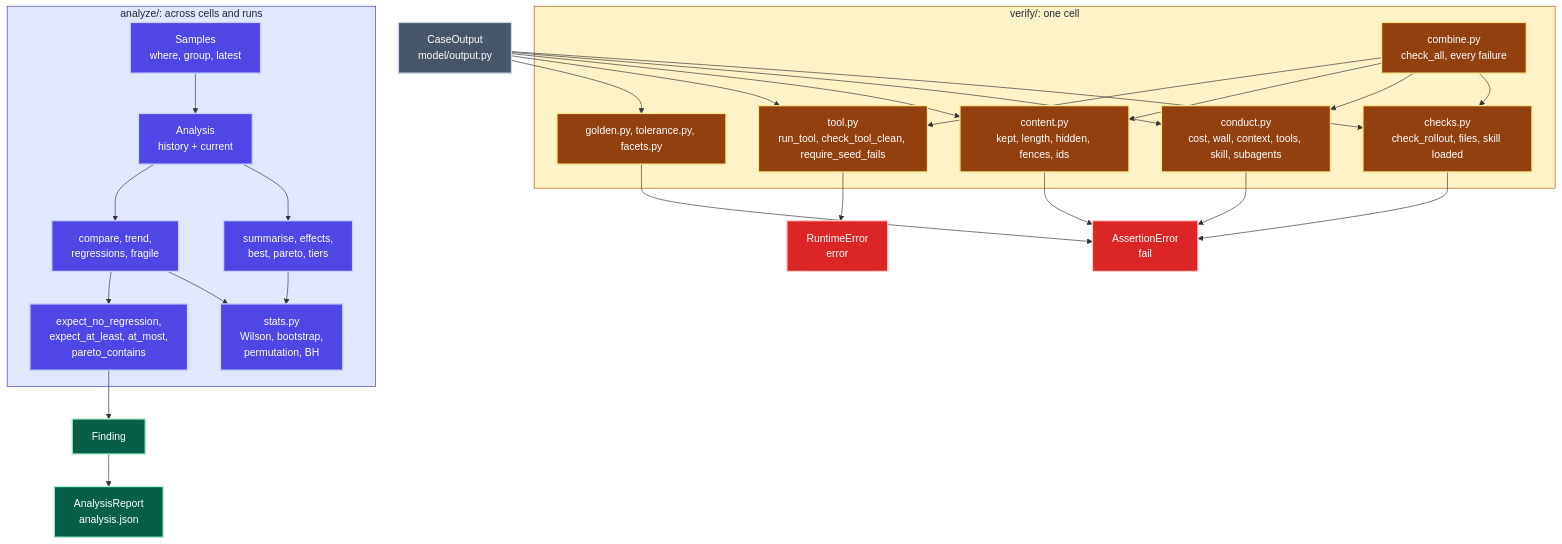
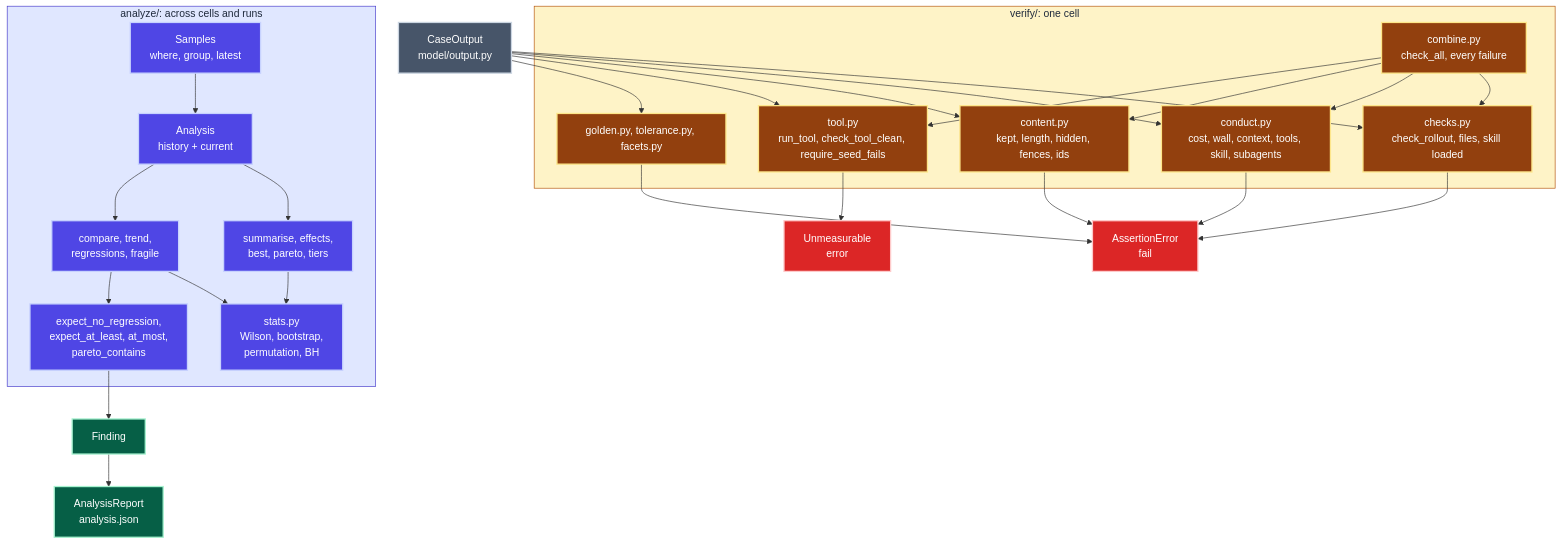
Before and after one commit to neozenith/pytest-xharness-eval: diagram 39 of 39 in ARCHITECTURE.md, drawn with Mermaid. The commit also changed other lines of this file and 32 other files, not shown here.

````diff
--- a/ARCHITECTURE.md
+++ b/ARCHITECTURE.md
@@ -1884,47 +1884,47 @@
 ```mermaid
 flowchart TB
     OUT["CaseOutput<br/>model/output.py"]
     subgraph VERIFY["verify/: one cell"]
         CHECKS["checks.py<br/>check_rollout, files, skill loaded"]
         CONDUCT["conduct.py<br/>cost, wall, context, tools, skill, subagents"]
         CONTENT["content.py<br/>kept, length, hidden, fences, ids"]
         TOOL["tool.py<br/>run_tool, check_tool_clean, require_seed_fails"]
         COMB["combine.py<br/>check_all, every failure"]
         GOLD["golden.py, tolerance.py, facets.py"]
     end
     FAIL["AssertionError<br/>fail"]
-    ERR["RuntimeError<br/>error"]
+    ERR["Unmeasurable<br/>error"]
     subgraph ANALYZE["analyze/: across cells and runs"]
         SAM["Samples<br/>where, group, latest"]
         AN["Analysis<br/>history + current"]
         ENV["summarise, effects,<br/>best, pareto, tiers"]
         SUBJ["compare, trend,<br/>regressions, fragile"]
         EXP["expect_no_regression,<br/>expect_at_least, at_most,<br/>pareto_contains"]
         STATS["stats.py<br/>Wilson, bootstrap,<br/>permutation, BH"]
     end
     FIND["Finding"]
     REPORT["AnalysisReport<br/>analysis.json"]
 
     OUT --> CHECKS & CONDUCT & CONTENT & TOOL & GOLD
     COMB --> CHECKS & CONDUCT & CONTENT & TOOL
     CHECKS & CONDUCT & CONTENT & GOLD --> FAIL
     TOOL --> ERR
     SAM --> AN --> ENV & SUBJ
     ENV & SUBJ --> STATS
     SUBJ --> EXP --> FIND --> REPORT
 
     classDef domain fill:#475569,stroke:#cbd5e1,color:#fff,stroke-width:2px
     classDef verify fill:#92400e,stroke:#fde68a,color:#fff,stroke-width:2px
     classDef analyze fill:#4f46e5,stroke:#c7d2fe,color:#fff,stroke-width:2px
     classDef danger fill:#dc2626,stroke:#fecaca,color:#fff,stroke-width:2px
     classDef emit fill:#065f46,stroke:#a7f3d0,color:#fff,stroke-width:2px
     classDef sgv fill:#fef3c7,stroke:#b45309,color:#1e293b
     classDef sga fill:#e0e7ff,stroke:#4338ca,color:#1e293b
     class OUT domain
     class CHECKS,CONDUCT,CONTENT,TOOL,COMB,GOLD verify
     class SAM,AN,ENV,SUBJ,EXP,STATS analyze
     class FAIL,ERR danger
     class FIND,REPORT emit
     class VERIFY sgv
     class ANALYZE sga
 ```
````
